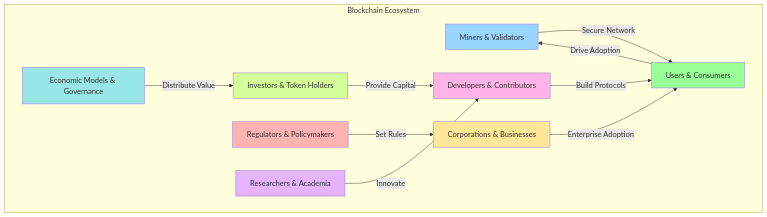
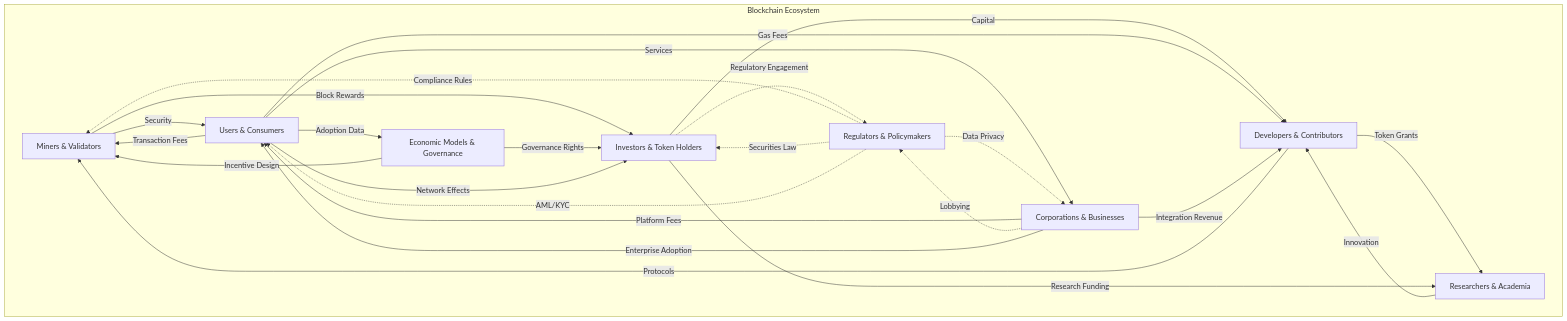
The first of 23 diagrams in Industry/Blockchain/Blockchain/ValueChain/QA_MistralAI.md (ljg-cqu/knowledge), drawn with Mermaid before and after one commit. The commit also changed other lines of this file, not shown here.

Commit message:
Enhance value chain analysis in QA_MistralAI.md by refining flow diagrams and adding key characteristics. Improved clarity on capital cycles, fee flows, and governance mechanisms to better illustrate stakeholder interactions and regulatory impacts.

````diff
--- a/Industry/Blockchain/Blockchain/ValueChain/QA_MistralAI.md
+++ b/Industry/Blockchain/Blockchain/ValueChain/QA_MistralAI.md
@@ -40,31 +40,41 @@
 ```mermaid
 graph TB
     subgraph Blockchain Ecosystem
         A[Miners & Validators]
         B[Developers & Contributors]
         C[Investors & Token Holders]
         D[Regulators & Policymakers]
         E[Users & Consumers]
         F[Researchers & Academia]
         G[Corporations & Businesses]
         H[Economic Models & Governance]
     end
     
-    A -->|Secure Network| E
-    B -->|Build Protocols| E
-    C -->|Provide Capital| B
-    D -->|Set Rules| G
-    E -->|Drive Adoption| A
-    F -->|Innovate| B
+    C -->|Capital| B
+    B -->|Protocols| A
+    A -->|Security| E
+    E -->|Transaction Fees| A
+    E -->|Gas Fees| B
+    A -->|Block Rewards| C
+    B -->|Token Grants| F
+    F -->|Innovation| B
+    
+    C -->|Research Funding| F
+    E -->|Adoption Data| H
+    H -->|Incentive Design| A
+    H -->|Governance Rights| C
+    G -->|Integration Revenue| B
+    G -->|Platform Fees| E
+    E -->|Services| G
+    
+    D -.->|Compliance Rules| A
+    D -.->|Securities Law| C
+    D -.->|Data Privacy| G
+    D -.->|AML/KYC| E
+    G -.->|Lobbying| D
+    C -.->|Regulatory Engagement| D
+    
+    E -->|Network Effects| C
     G -->|Enterprise Adoption| E
-    H -->|Distribute Value| C
     
-    style A fill:#99d6ff
-    style B fill:#ffb3e6
-    style C fill:#d4ff99
-    style D fill:#ffb3b3
-    style E fill:#99ff99
-    style F fill:#e6b3ff
-    style G fill:#ffe699
-    style H fill:#99e6e6
 ```
````
